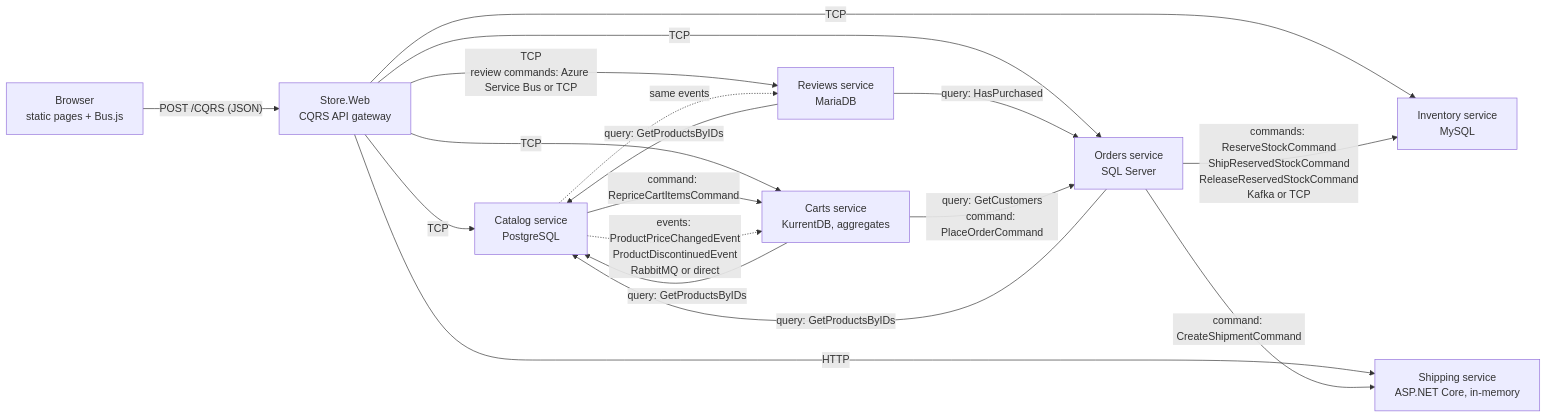
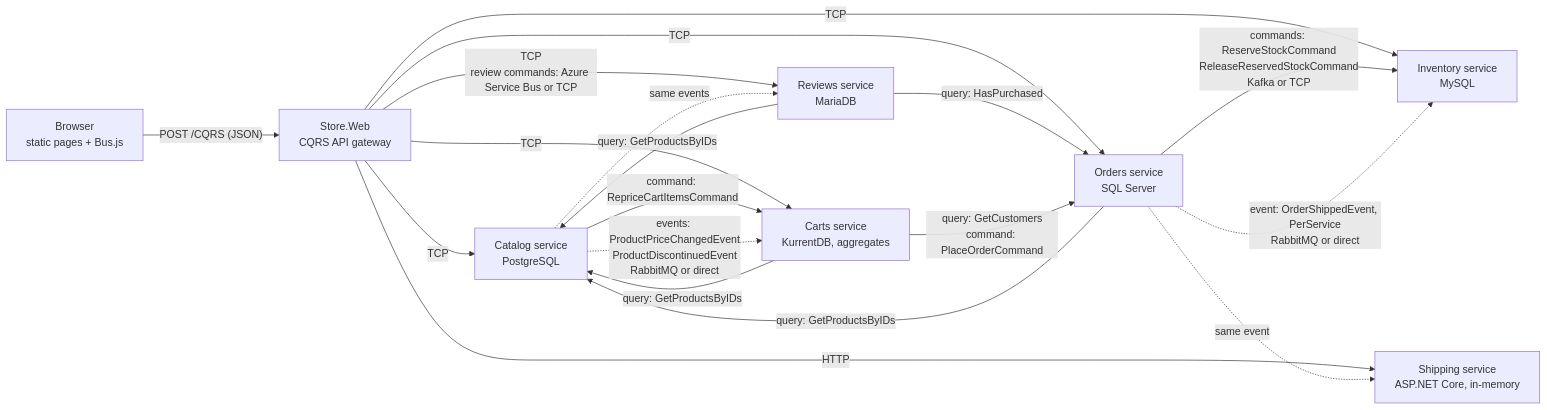
The diagram in Demo/Store/README.md (szawaski/Zerra), drawn with Mermaid before and after one commit. The commit also changed other lines of this file and 65 other files, not shown here.

````diff
--- a/Demo/Store/README.md
+++ b/Demo/Store/README.md
@@ -5,20 +5,21 @@
 ```mermaid
 flowchart LR
     Browser["Browser<br/>static pages + Bus.js"] -- "POST /CQRS (JSON)" --> Web["Store.Web<br/>CQRS API gateway"]
     Web -- "TCP" --> Catalog["Catalog service<br/>PostgreSQL"]
     Web -- "TCP" --> Inventory["Inventory service<br/>MySQL"]
     Web -- "TCP" --> Orders["Orders service<br/>SQL Server"]
     Web -- "TCP<br/>review commands: Azure Service Bus or TCP" --> Reviews["Reviews service<br/>MariaDB"]
     Web -- "HTTP" --> Shipping["Shipping service<br/>ASP.NET Core, in-memory"]
     Orders -- "query: GetProductsByIDs" --> Catalog
-    Orders -- "commands: ReserveStockCommand<br/>ShipReservedStockCommand<br/>ReleaseReservedStockCommand<br/>Kafka or TCP" --> Inventory
-    Orders -- "command: CreateShipmentCommand" --> Shipping
+    Orders -- "commands: ReserveStockCommand<br/>ReleaseReservedStockCommand<br/>Kafka or TCP" --> Inventory
+    Orders -. "event: OrderShippedEvent, PerService<br/>RabbitMQ or direct" .-> Inventory
+    Orders -. "same event" .-> Shipping
     Reviews -- "query: GetProductsByIDs" --> Catalog
     Reviews -- "query: HasPurchased" --> Orders
     Web -- "TCP" --> Carts["Carts service<br/>KurrentDB, aggregates"]
     Carts -- "query: GetProductsByIDs" --> Catalog
     Carts -- "query: GetCustomers<br/>command: PlaceOrderCommand" --> Orders
     Catalog -- "command: RepriceCartItemsCommand" --> Carts
     Catalog -. "events: ProductPriceChangedEvent<br/>ProductDiscontinuedEvent<br/>RabbitMQ or direct" .-> Carts
     Catalog -. "same events" .-> Reviews
 ```
````
